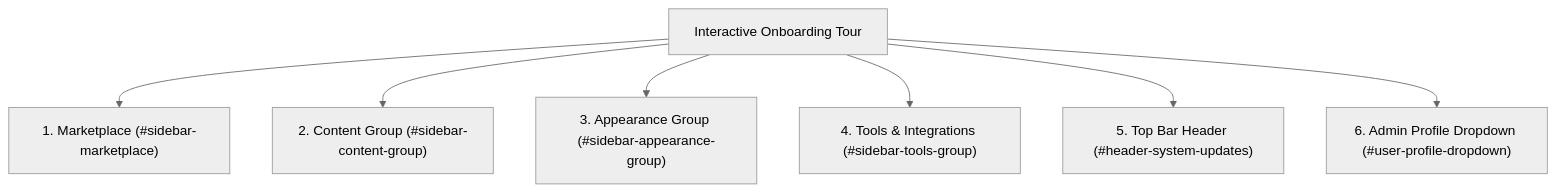
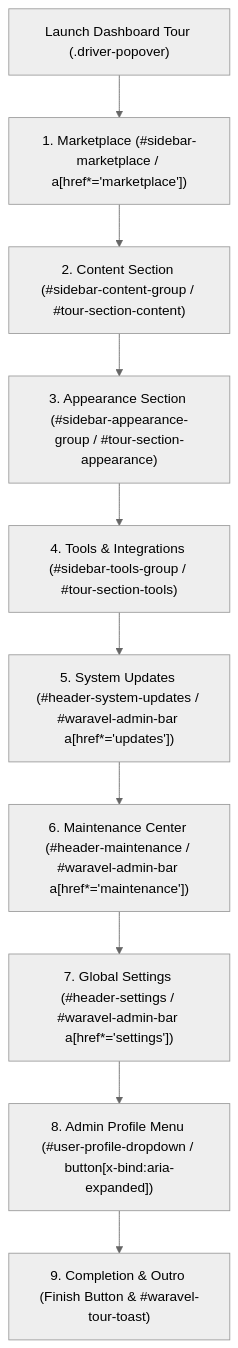
Before and after one commit to Sobberrc/waravel-docs: the diagram in user-guide/dashboard-side-bar.md, drawn with Mermaid (neutral theme). The commit also changed other lines of this file and 6 other files, not shown here.

Commit message:
Choreography upgrade for dashboard walkthrough and top bar

````diff
--- a/user-guide/dashboard-side-bar.md
+++ b/user-guide/dashboard-side-bar.md
@@ -18,9 +20,12 @@
 ```mermaid
 flowchart TD
-    Tour["Interactive Onboarding Tour"] --> M["1. Marketplace (#sidebar-marketplace)"]
-    Tour --> C["2. Content Group (#sidebar-content-group)"]
-    Tour --> A["3. Appearance Group (#sidebar-appearance-group)"]
-    Tour --> T["4. Tools & Integrations (#sidebar-tools-group)"]
-    Tour --> H["5. Top Bar Header (#header-system-updates)"]
-    Tour --> P["6. Admin Profile Dropdown (#user-profile-dropdown)"]
+    Start["Launch Dashboard Tour (.driver-popover)"] --> S1["1. Marketplace (#sidebar-marketplace / a[href*='marketplace'])"]
+    S1 --> S2["2. Content Section (#sidebar-content-group / #tour-section-content)"]
+    S2 --> S3["3. Appearance Section (#sidebar-appearance-group / #tour-section-appearance)"]
+    S3 --> S4["4. Tools & Integrations (#sidebar-tools-group / #tour-section-tools)"]
+    S4 --> S5["5. System Updates (#header-system-updates / #waravel-admin-bar a[href*='updates'])"]
+    S5 --> S6["6. Maintenance Center (#header-maintenance / #waravel-admin-bar a[href*='maintenance'])"]
+    S6 --> S7["7. Global Settings (#header-settings / #waravel-admin-bar a[href*='settings'])"]
+    S7 --> S8["8. Admin Profile Menu (#user-profile-dropdown / button[x-bind:aria-expanded])"]
+    S8 --> S9["9. Completion & Outro (Finish Button & #waravel-tour-toast)"]
 ```
````
